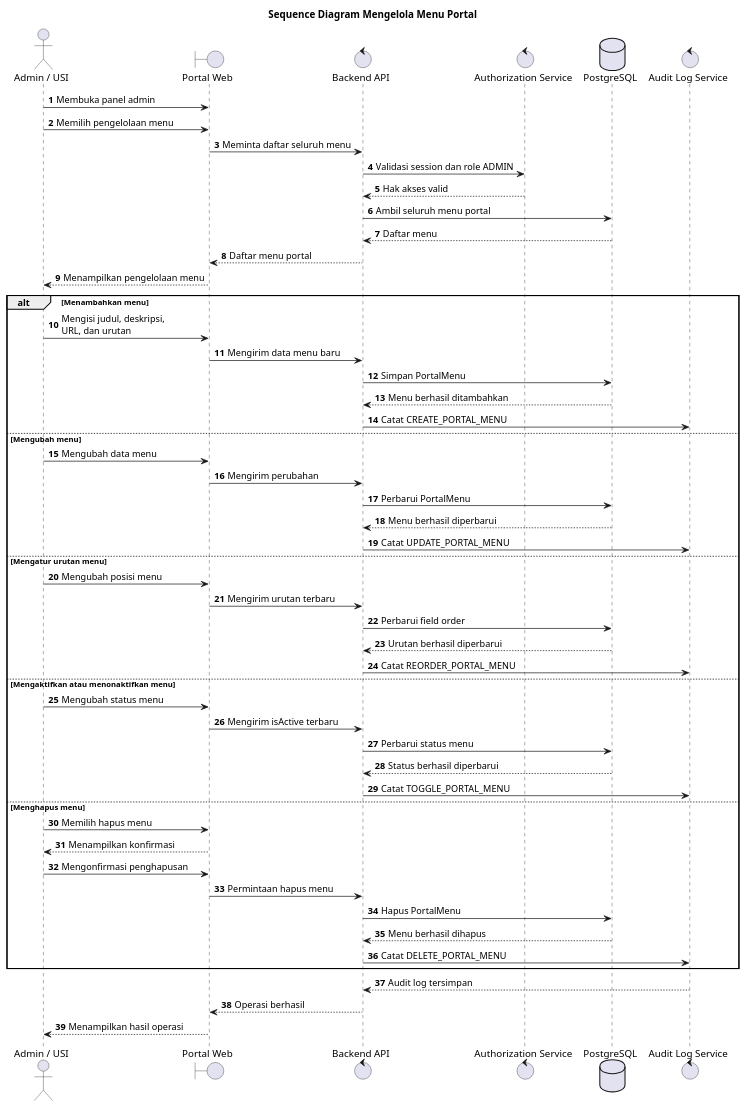
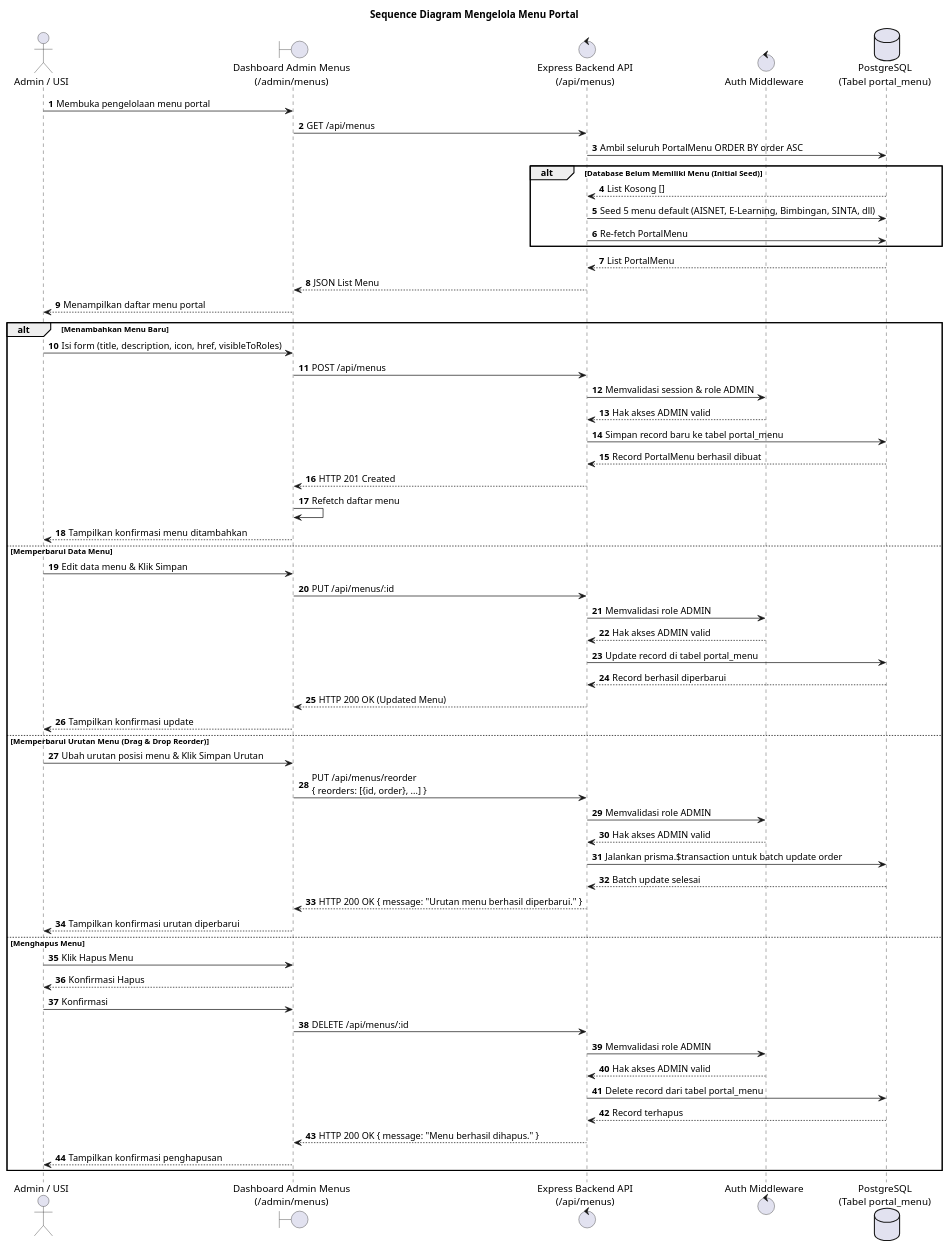
The diagram in uml/manage_portal_sequence.md (Badru9/chatbot), drawn with PlantUML before and after one commit. The commit also changed other lines of this file and 15 other files, not shown here.

Commit message:
docs: update UML diagrams and feature documentation to align with current architecture

````diff
--- a/uml/manage_portal_sequence.md
+++ b/uml/manage_portal_sequence.md
@@ -5,74 +5,78 @@
 ```plantuml
 @startuml
 title Sequence Diagram Mengelola Menu Portal
 
 autonumber
 skinparam shadowing false
 
 actor "Admin / USI" as Admin
-boundary "Portal Web" as Web
-control "Backend API" as API
-control "Authorization Service" as Auth
-database "PostgreSQL" as DB
-control "Audit Log Service" as Log
+boundary "Dashboard Admin Menus\n(/admin/menus)" as UI
+control "Express Backend API\n(/api/menus)" as API
+control "Auth Middleware" as Auth
+database "PostgreSQL\n(Tabel portal_menu)" as DB
 
-Admin -> Web : Membuka panel admin
-Admin -> Web : Memilih pengelolaan menu
-Web -> API : Meminta daftar seluruh menu
-API -> Auth : Validasi session dan role ADMIN
-Auth --> API : Hak akses valid
-API -> DB : Ambil seluruh menu portal
-DB --> API : Daftar menu
-API --> Web : Daftar menu portal
-Web --> Admin : Menampilkan pengelolaan menu
+Admin -> UI : Membuka pengelolaan menu portal
+UI -> API : GET /api/menus
+API -> DB : Ambil seluruh PortalMenu ORDER BY order ASC
 
-alt Menambahkan menu
+alt Database Belum Memiliki Menu (Initial Seed)
+    DB --> API : List Kosong []
+    API -> DB : Seed 5 menu default (AISNET, E-Learning, Bimbingan, SINTA, dll)
+    API -> DB : Re-fetch PortalMenu
+end
 
-    Admin -> Web : Mengisi judul, deskripsi,\nURL, dan urutan
-    Web -> API : Mengirim data menu baru
-    API -> DB : Simpan PortalMenu
-    DB --> API : Menu berhasil ditambahkan
-    API -> Log : Catat CREATE_PORTAL_MENU
+DB --> API : List PortalMenu
+API --> UI : JSON List Menu
+UI --> Admin : Menampilkan daftar menu portal
 
-else Mengubah menu
+alt Menambahkan Menu Baru
 
-    Admin -> Web : Mengubah data menu
-    Web -> API : Mengirim perubahan
-    API -> DB : Perbarui PortalMenu
-    DB --> API : Menu berhasil diperbarui
-    API -> Log : Catat UPDATE_PORTAL_MENU
+    Admin -> UI : Isi form (title, description, icon, href, visibleToRoles)
+    UI -> API : POST /api/menus
+    API -> Auth : Memvalidasi session & role ADMIN
+    Auth --> API : Hak akses ADMIN valid
+    API -> DB : Simpan record baru ke tabel portal_menu
+    DB --> API : Record PortalMenu berhasil dibuat
+    API --> UI : HTTP 201 Created
+    UI -> UI : Refetch daftar menu
+    UI --> Admin : Tampilkan konfirmasi menu ditambahkan
 
-else Mengatur urutan menu
+else Memperbarui Data Menu
 
-    Admin -> Web : Mengubah posisi menu
-    Web -> API : Mengirim urutan terbaru
-    API -> DB : Perbarui field order
-    DB --> API : Urutan berhasil diperbarui
-    API -> Log : Catat REORDER_PORTAL_MENU
+    Admin -> UI : Edit data menu & Klik Simpan
+    UI -> API : PUT /api/menus/:id
+    API -> Auth : Memvalidasi role ADMIN
+    Auth --> API : Hak akses ADMIN valid
+    API -> DB : Update record di tabel portal_menu
+    DB --> API : Record berhasil diperbarui
+    API --> UI : HTTP 200 OK (Updated Menu)
+    UI --> Admin : Tampilkan konfirmasi update
 
-else Mengaktifkan atau menonaktifkan menu
+else Memperbarui Urutan Menu (Drag & Drop Reorder)
 
-    Admin -> Web : Mengubah status menu
-    Web -> API : Mengirim isActive terbaru
-    API -> DB : Perbarui status menu
-    DB --> API : Status berhasil diperbarui
-    API -> Log : Catat TOGGLE_PORTAL_MENU
+    Admin -> UI : Ubah urutan posisi menu & Klik Simpan Urutan
+    UI -> API : PUT /api/menus/reorder\n{ reorders: [{id, order}, ...] }
+    API -> Auth : Memvalidasi role ADMIN
+    Auth --> API : Hak akses ADMIN valid
+    API -> DB : Jalankan prisma.$transaction untuk batch update order
+    DB --> API : Batch update selesai
+    API --> UI : HTTP 200 OK { message: "Urutan menu berhasil diperbarui." }
+    UI --> Admin : Tampilkan konfirmasi urutan diperbarui
 
-else Menghapus menu
+else Menghapus Menu
 
-    Admin -> Web : Memilih hapus menu
-    Web --> Admin : Menampilkan konfirmasi
-    Admin -> Web : Mengonfirmasi penghapusan
-    Web -> API : Permintaan hapus menu
-    API -> DB : Hapus PortalMenu
-    DB --> API : Menu berhasil dihapus
-    API -> Log : Catat DELETE_PORTAL_MENU
+    Admin -> UI : Klik Hapus Menu
+    UI --> Admin : Konfirmasi Hapus
+    Admin -> UI : Konfirmasi
+    UI -> API : DELETE /api/menus/:id
+    API -> Auth : Memvalidasi role ADMIN
+    Auth --> API : Hak akses ADMIN valid
+    API -> DB : Delete record dari tabel portal_menu
+    DB --> API : Record terhapus
+    API --> UI : HTTP 200 OK { message: "Menu berhasil dihapus." }
+    UI --> Admin : Tampilkan konfirmasi penghapusan
 
 end
 
-Log --> API : Audit log tersimpan
-API --> Web : Operasi berhasil
-Web --> Admin : Menampilkan hasil operasi
-
 @enduml
 ```
````
